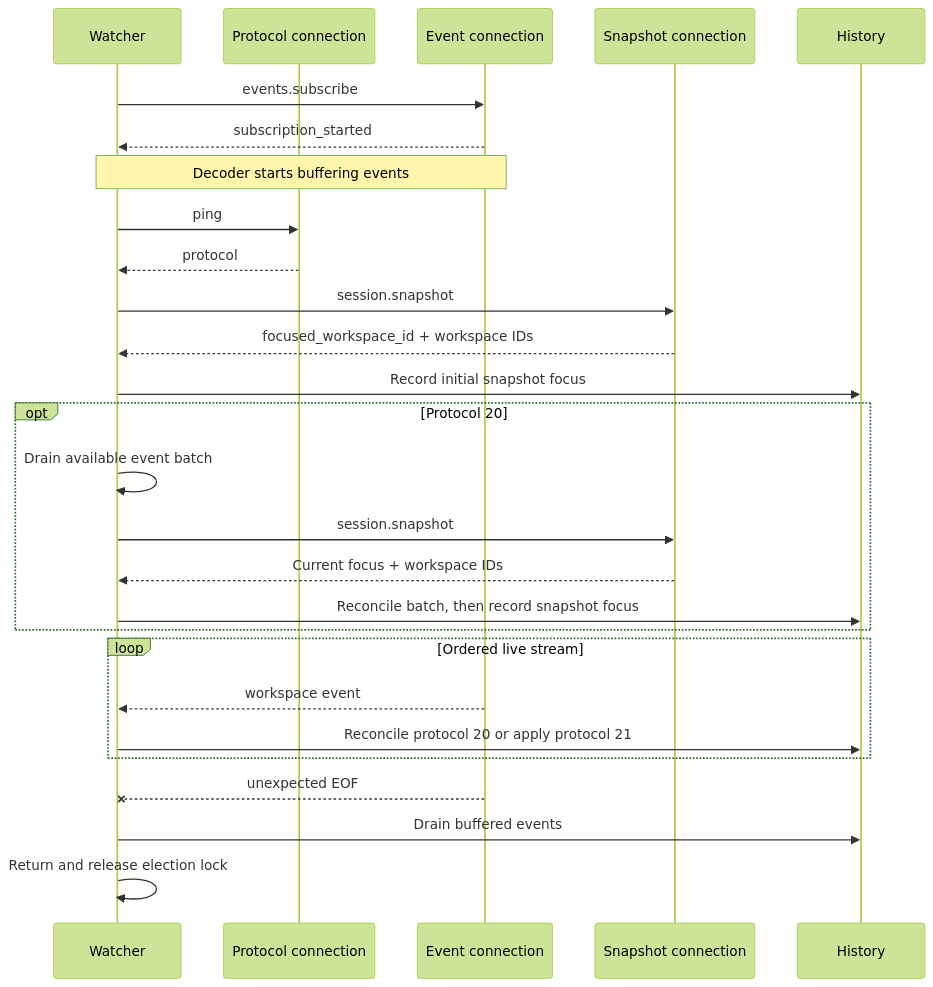
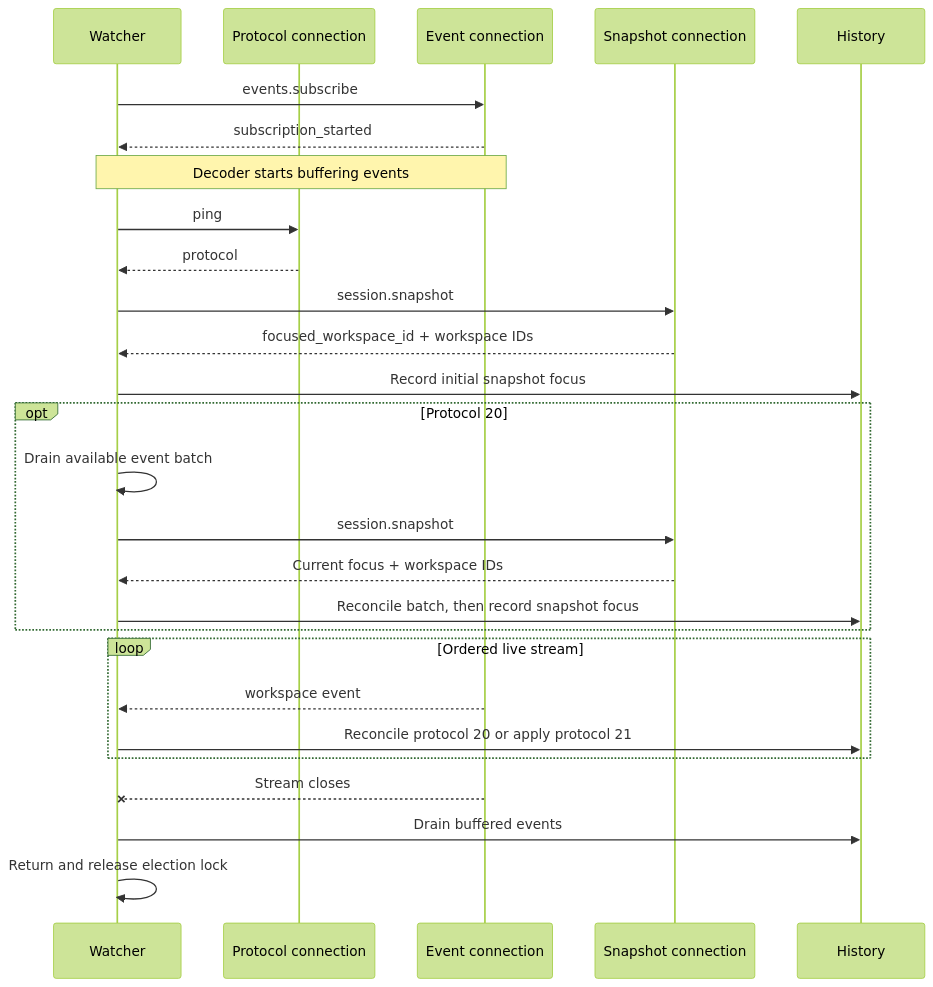
The second of 3 diagrams in docs/development/workspace-history.md (fullerzz/herdr-plugin-sesh), drawn with Mermaid (forest theme) before and after one commit. The commit also changed other lines of this file and 4 other files, not shown here.

````diff
--- a/docs/development/workspace-history.md
+++ b/docs/development/workspace-history.md
@@ -113,29 +118,29 @@
 ```mermaid
 sequenceDiagram
     participant W as Watcher
     participant P as Protocol connection
     participant E as Event connection
     participant S as Snapshot connection
     participant H as History
     W->>E: events.subscribe
     E-->>W: subscription_started
     Note over W,E: Decoder starts buffering events
     W->>P: ping
     P-->>W: protocol
     W->>S: session.snapshot
     S-->>W: focused_workspace_id + workspace IDs
     W->>H: Record initial snapshot focus
     opt Protocol 20
         W->>W: Drain available event batch
         W->>S: session.snapshot
         S-->>W: Current focus + workspace IDs
         W->>H: Reconcile batch, then record snapshot focus
     end
     loop Ordered live stream
         E-->>W: workspace event
         W->>H: Reconcile protocol 20 or apply protocol 21
     end
-    E--xW: unexpected EOF
+    E--xW: Stream closes
     W->>H: Drain buffered events
     W->>W: Return and release election lock
 ```
````
